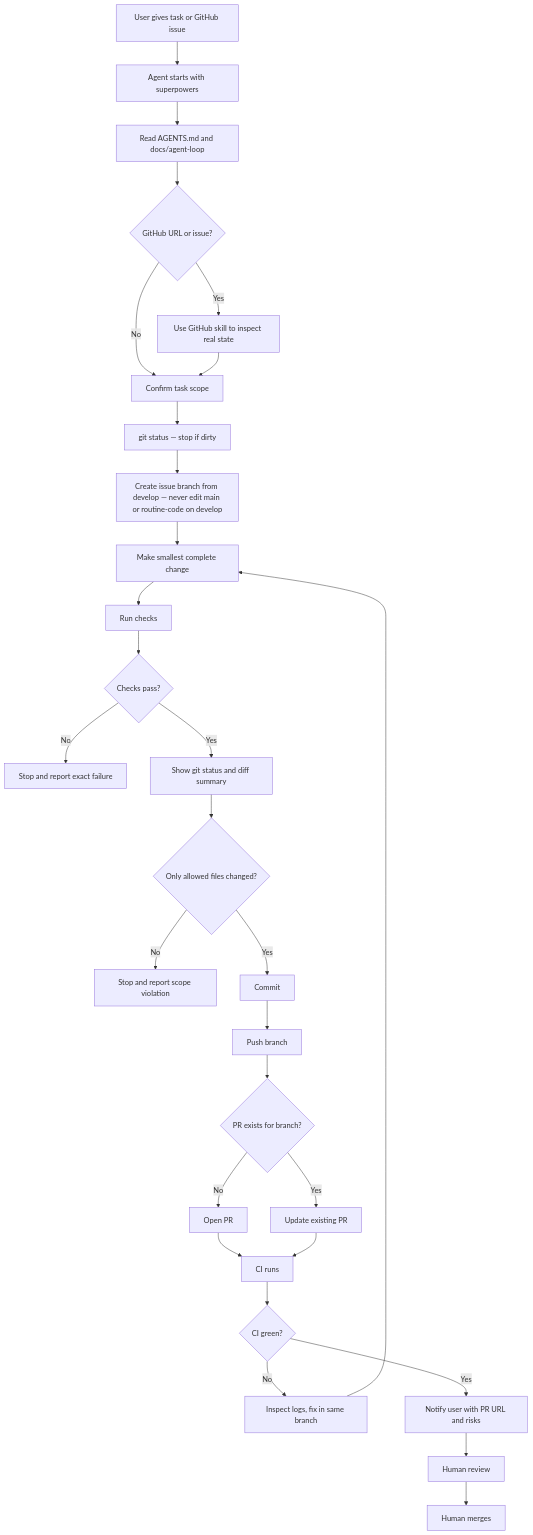
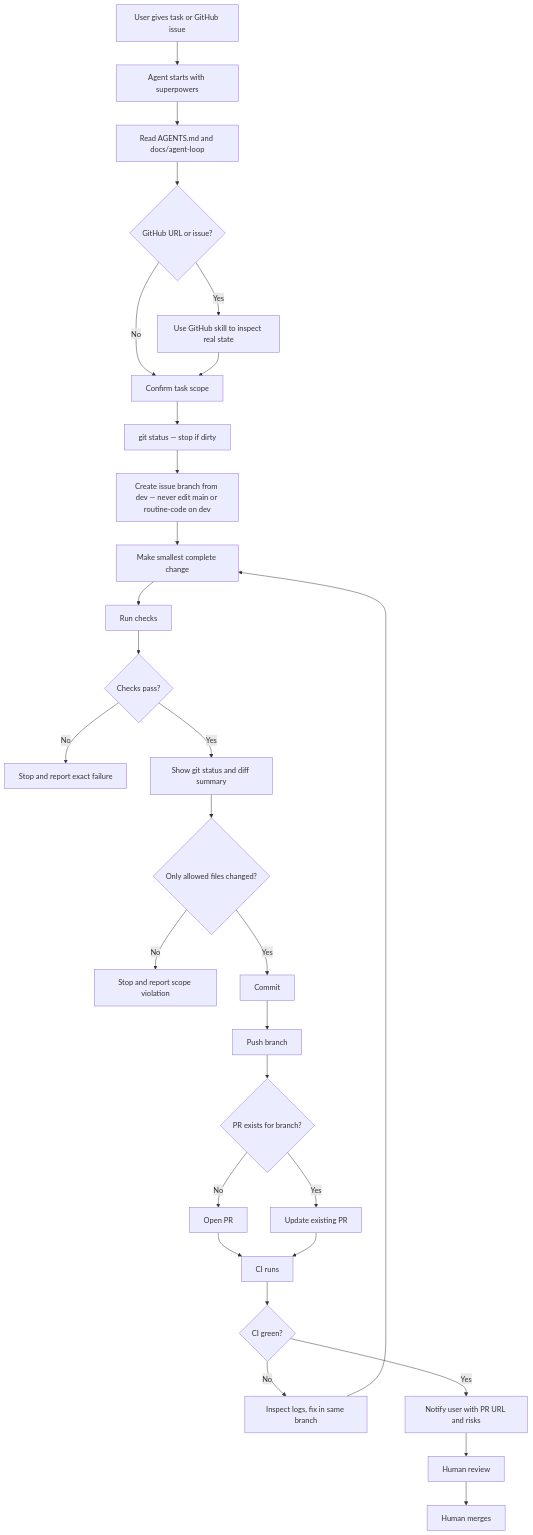
The diagram in README.md (boat1994/bemoat-web-starter), drawn with Mermaid before and after one commit. The commit also changed other lines of this file and 10 other files, not shown here.

Commit message:
docs: align branch workflow on dev

````diff
--- a/README.md
+++ b/README.md
@@ -60,31 +60,31 @@
 ```mermaid
 flowchart TD
     A[User gives task or GitHub issue] --> B[Agent starts with superpowers]
     B --> C[Read AGENTS.md and docs/agent-loop]
     C --> D{GitHub URL or issue?}
     D -->|Yes| E[Use GitHub skill to inspect real state]
     D -->|No| F[Confirm task scope]
     E --> F
     F --> G0[git status — stop if dirty]
-    G0 --> G[Create issue branch from develop — never edit main or routine-code on develop]
+    G0 --> G[Create issue branch from dev — never edit main or routine-code on dev]
     G --> H[Make smallest complete change]
     H --> I[Run checks]
     I --> J{Checks pass?}
     J -->|No| K[Stop and report exact failure]
     J -->|Yes| L[Show git status and diff summary]
     L --> M{Only allowed files changed?}
     M -->|No| N[Stop and report scope violation]
     M -->|Yes| O[Commit]
     O --> P[Push branch]
     P --> Q{PR exists for branch?}
     Q -->|No| Q1[Open PR]
     Q -->|Yes| Q2[Update existing PR]
     Q1 --> R[CI runs]
     Q2 --> R
     R --> S{CI green?}
     S -->|No| T[Inspect logs, fix in same branch]
     T --> H
     S -->|Yes| U[Notify user with PR URL and risks]
     U --> V[Human review]
     V --> W[Human merges]
 ```
````
